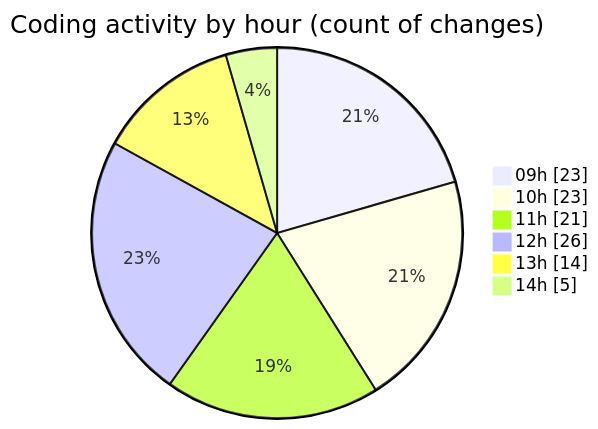
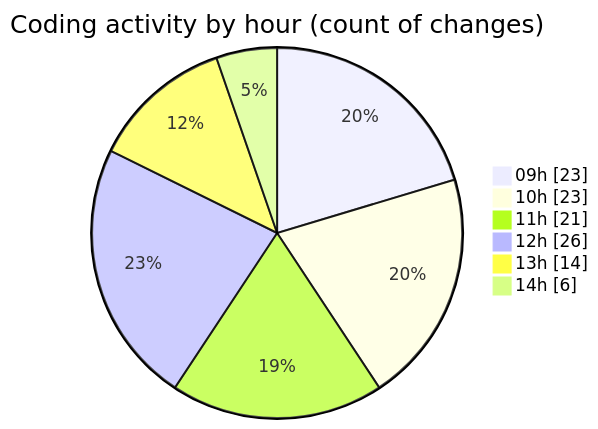
Before and after one commit to momahboobian/code-tracking: the second of 2 diagrams in 2025-12-04/cda/README.md, drawn with Mermaid. The commit also changed other lines of this file and 1 other file, not shown here.

````diff
--- a/2025-12-04/cda/README.md
+++ b/2025-12-04/cda/README.md
@@ -37,10 +37,10 @@
 ```mermaid
 pie showData
 title Coding activity by hour (count of changes)
 "09h" : 23
 "10h" : 23
 "11h" : 21
 "12h" : 26
 "13h" : 14
-"14h" : 5
+"14h" : 6
 ```
````
